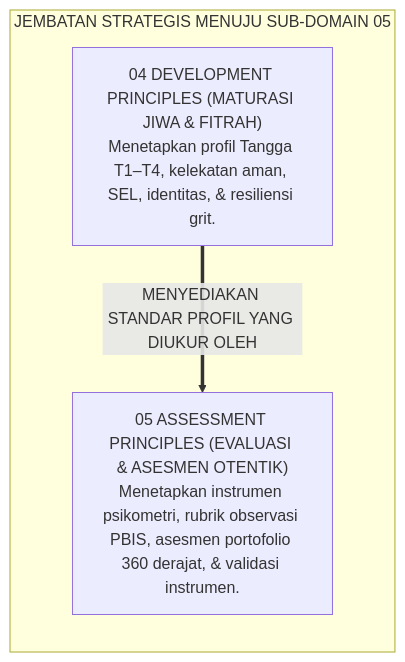
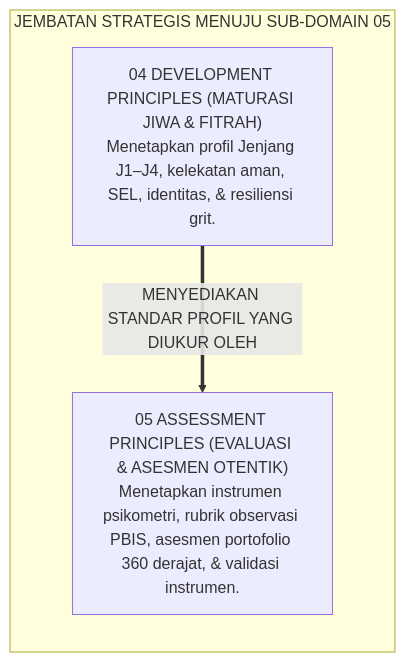
One commit to wandiapriliyandi/tumbuh changed the third of 4 diagrams in 02 Principles/04 Development Principles/P2-04-07-Sintesis-Development-Principles-TUMBUH.md. Above: the diagram before and after it, drawn with Mermaid. The commit also changed other lines of this file and 209 other files, not shown here.

````diff
--- a/02 Principles/04 Development Principles/P2-04-07-Sintesis-Development-Principles-TUMBUH.md
+++ b/02 Principles/04 Development Principles/P2-04-07-Sintesis-Development-Principles-TUMBUH.md
@@ -121,10 +121,10 @@
 ```mermaid
 graph LR
     subgraph JembatanKeAssessmentPrinciples["JEMBATAN STRATEGIS MENUJU SUB-DOMAIN 05"]
-        Development["04 DEVELOPMENT PRINCIPLES (MATURASI JIWA & FITRAH)<br/>Menetapkan profil Tangga T1–T4, kelekatan aman, SEL, identitas, & resiliensi grit."]
+        Development["04 DEVELOPMENT PRINCIPLES (MATURASI JIWA & FITRAH)<br/>Menetapkan profil Jenjang J1–J4, kelekatan aman, SEL, identitas, & resiliensi grit."]
         
         Assessment["05 ASSESSMENT PRINCIPLES (EVALUASI & ASESMEN OTENTIK)<br/>Menetapkan instrumen psikometri, rubrik observasi PBIS, asesmen portofolio 360 derajat, & validasi instrumen."]
         
         Development ==>|MENYEDIAKAN STANDAR PROFIL YANG DIUKUR OLEH| Assessment
     end
 ```
````
